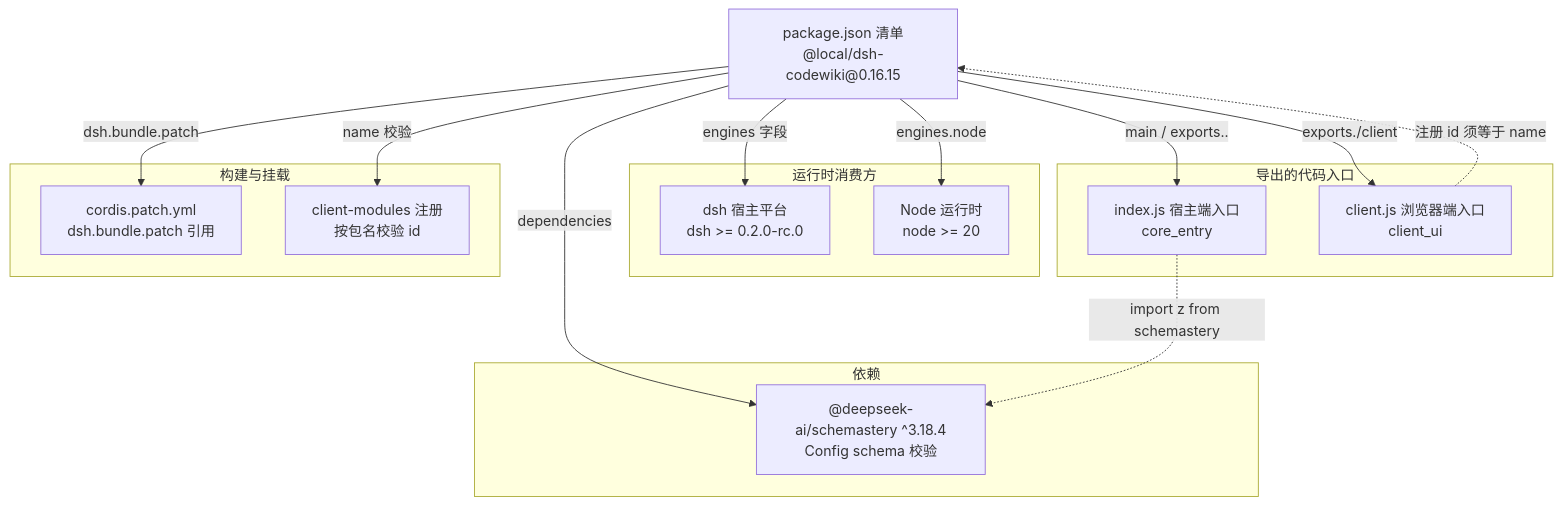
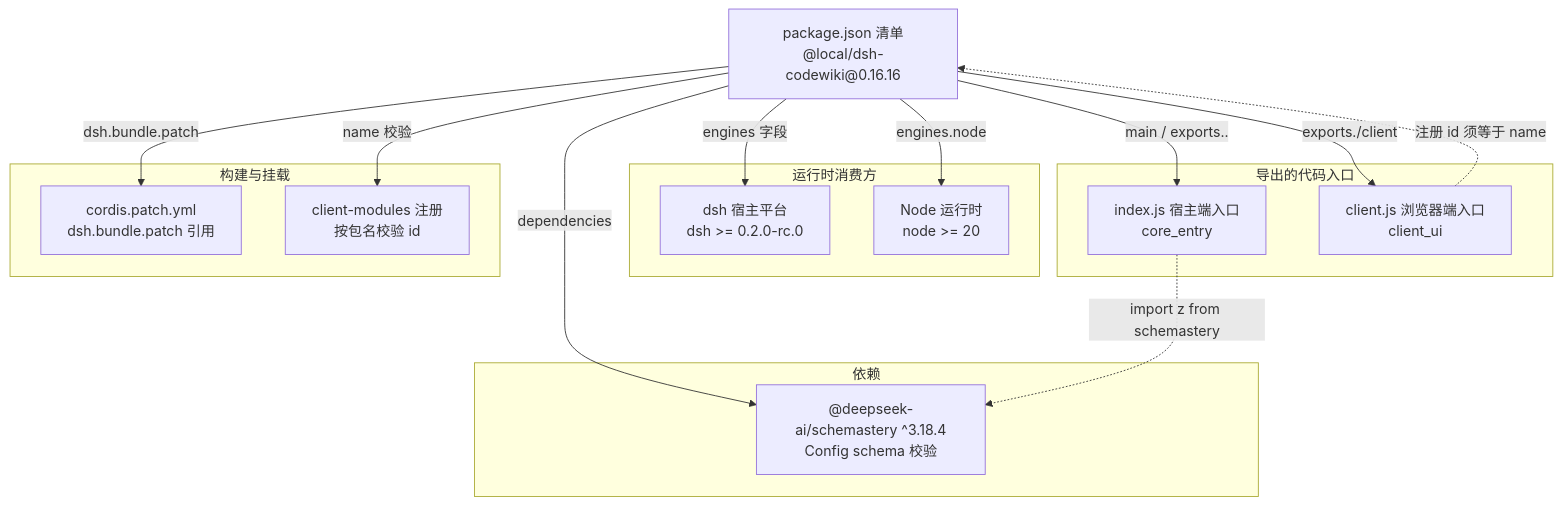
One commit to ikliml666/dsh-codewiki changed the first of 3 diagrams in .codewiki/_native-state/docs/Build___Dependency_Configuration_Layer/package_manifest.md. Above: the diagram before and after it, drawn with Mermaid. The commit also changed other lines of this file and 16 other files, not shown here.

````diff
--- a/.codewiki/_native-state/docs/Build___Dependency_Configuration_Layer/package_manifest.md
+++ b/.codewiki/_native-state/docs/Build___Dependency_Configuration_Layer/package_manifest.md
@@ -35,34 +35,34 @@
 ```mermaid
 flowchart TD
-    PKG["package.json 清单<br/>@local/dsh-codewiki@0.16.15"]
+    PKG["package.json 清单<br/>@local/dsh-codewiki@0.16.16"]
 
     subgraph 运行时消费方
         HOST["dsh 宿主平台<br/>dsh >= 0.2.0-rc.0"]
         NODE["Node 运行时<br/>node >= 20"]
     end
 
     subgraph 导出的代码入口
         MAIN["index.js 宿主端入口<br/>core_entry"]
         CLIENT["client.js 浏览器端入口<br/>client_ui"]
     end
 
     subgraph 构建与挂载
         PATCH["cordis.patch.yml<br/>dsh.bundle.patch 引用"]
         REG["client-modules 注册<br/>按包名校验 id"]
     end
 
     subgraph 依赖
         SCHEMA["@deepseek-ai/schemastery ^3.18.4<br/>Config schema 校验"]
     end
 
     PKG -->|"main / exports.."| MAIN
     PKG -->|"exports./client"| CLIENT
     PKG -->|"engines 字段"| HOST
     PKG -->|"engines.node"| NODE
     PKG -->|"dsh.bundle.patch"| PATCH
     PKG -->|"name 校验"| REG
     PKG -->|"dependencies"| SCHEMA
 
     MAIN -.->|"import z from schemastery"| SCHEMA
     CLIENT -.->|"注册 id 须等于 name"| PKG
 ```
````
